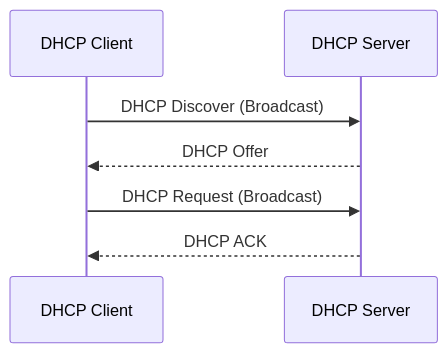
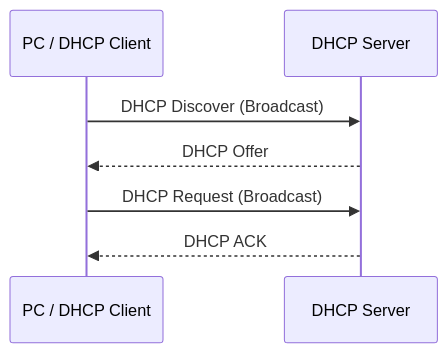
The diagram in content/MCSA/DHCP.md (momenelbarrawy/momenelbarrawy.github.io), drawn with Mermaid before and after one commit. The commit also changed other lines of this file and 37 other files, not shown here.

````diff
--- a/content/MCSA/DHCP.md
+++ b/content/MCSA/DHCP.md
@@ -7,10 +27,10 @@
 ```mermaid
 sequenceDiagram
-    participant C as DHCP Client
+    participant C as PC / DHCP Client
     participant S as DHCP Server
 
     C->>S: DHCP Discover (Broadcast)
     S-->>C: DHCP Offer
     C->>S: DHCP Request (Broadcast)
     S-->>C: DHCP ACK
 ```
````
